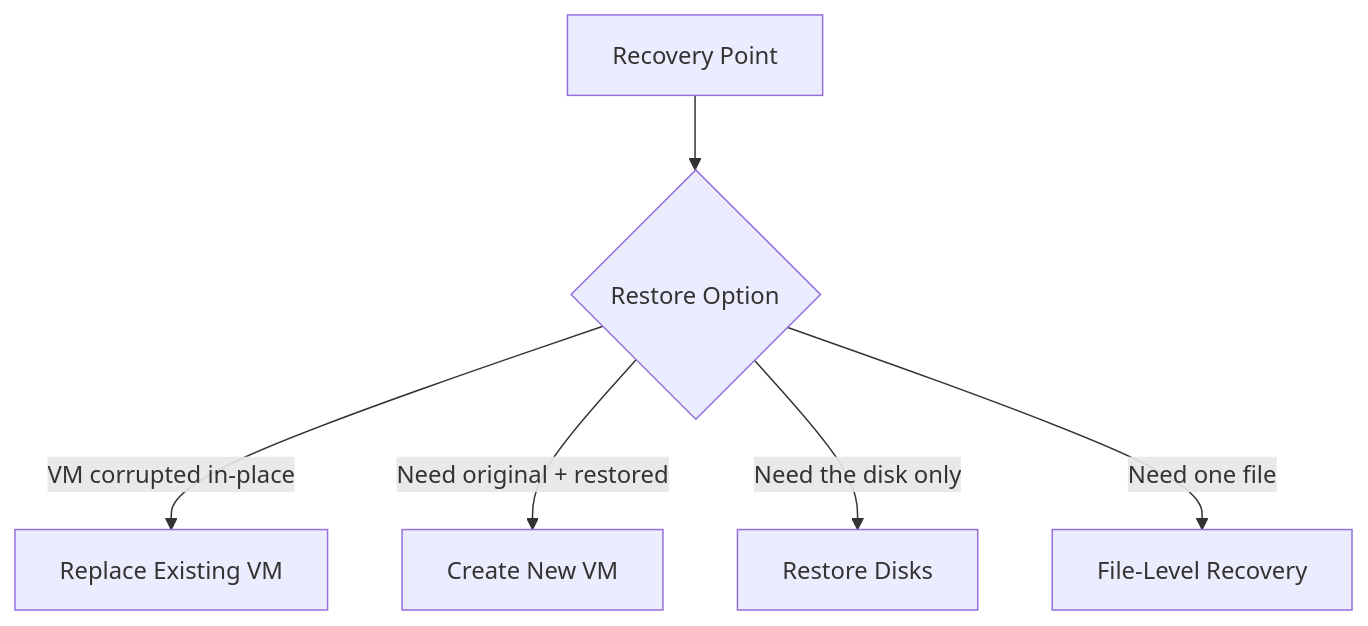
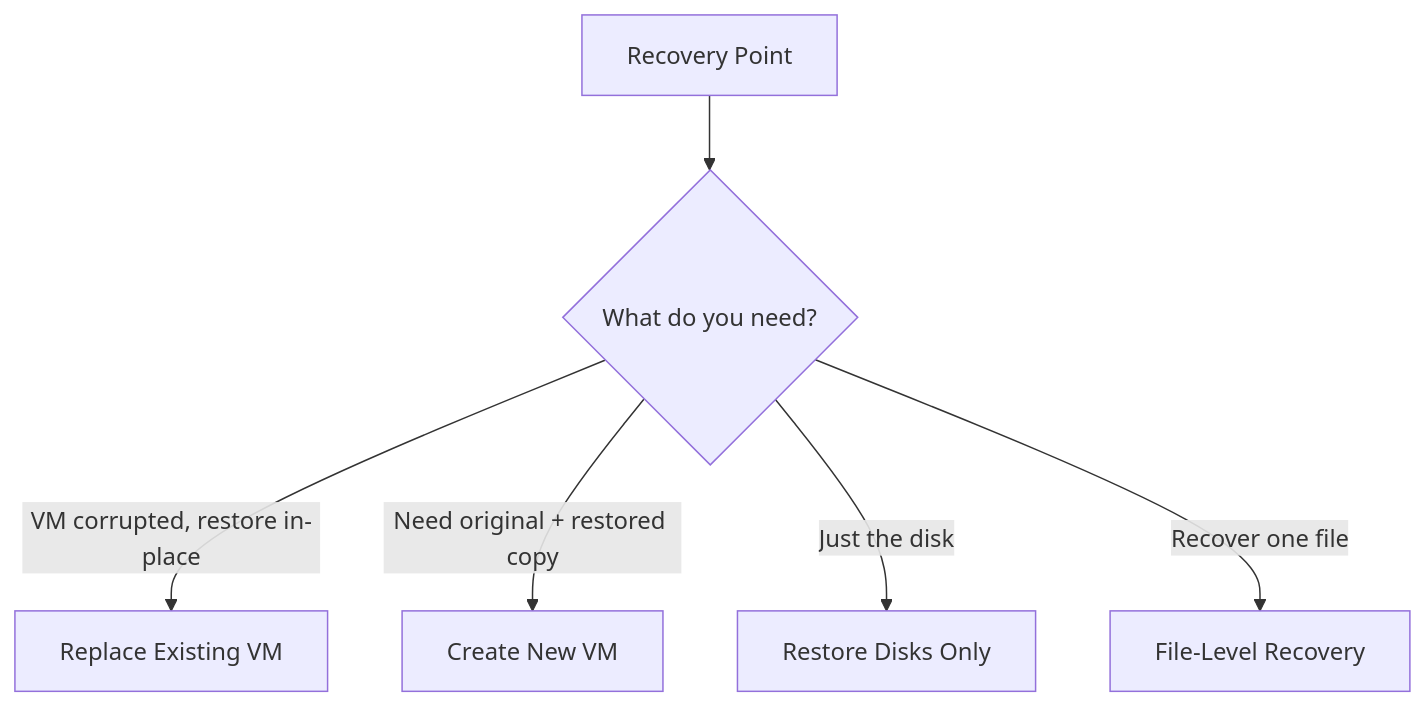
The sixth of 6 diagrams in days_taken/day05_vms_part3.md (Iam-mithran/LWM-Azure), drawn with Mermaid before and after one commit. The commit also changed other lines of this file and 1 other file, not shown here.

````diff
--- a/days_taken/day05_vms_part3.md
+++ b/days_taken/day05_vms_part3.md
@@ -355,8 +437,8 @@
 ```mermaid
 graph TD
-    RP["Recovery Point"] --> OPT{"Restore Option"}
-    OPT -->|"VM corrupted in-place"| R1["Replace Existing VM"]
-    OPT -->|"Need original + restored"| R2["Create New VM"]
-    OPT -->|"Need the disk only"| R3["Restore Disks"]
-    OPT -->|"Need one file"| R4["File-Level Recovery"]
+    RP["Recovery Point"] --> OPT{"What do you need?"}
+    OPT -->|"VM corrupted, restore in-place"| R1["Replace Existing VM"]
+    OPT -->|"Need original + restored copy"| R2["Create New VM"]
+    OPT -->|"Just the disk"| R3["Restore Disks Only"]
+    OPT -->|"Recover one file"| R4["File-Level Recovery"]
 ```
````
